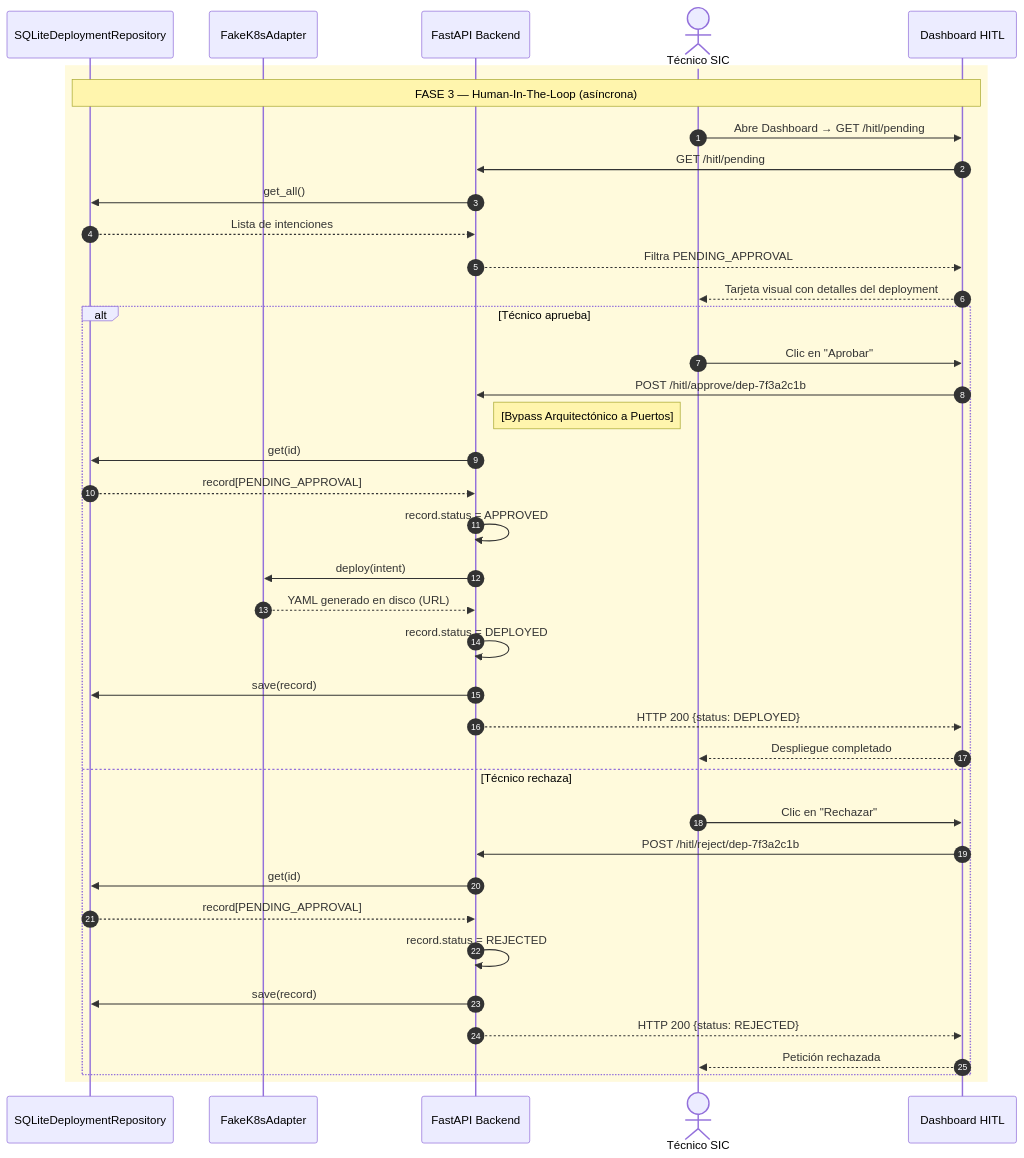
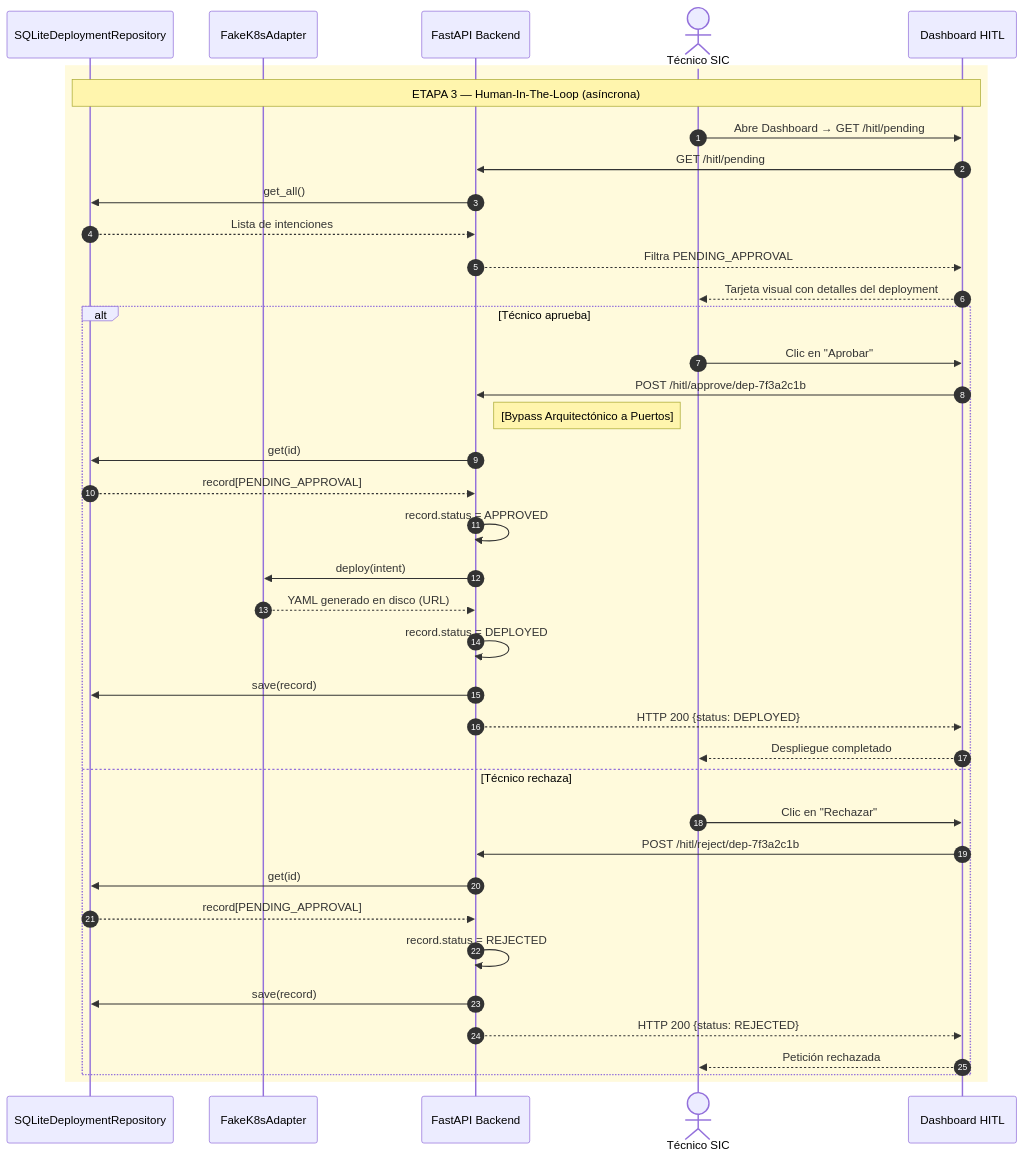
One commit to JesusSolisOrtega/agentic-deployer changed the ninth of 9 diagrams in memoria/4_Diseno_del_Sistema.md. Above: the diagram before and after it, drawn with Mermaid. The commit also changed other lines of this file and 15 other files, not shown here.

````diff
--- a/memoria/4_Diseno_del_Sistema.md
+++ b/memoria/4_Diseno_del_Sistema.md
@@ -517,43 +520,43 @@
 ```mermaid
 sequenceDiagram
   autonumber
   participant Store as SQLiteDeploymentRepository
   participant K8s as FakeK8sAdapter
   participant API as FastAPI Backend
   actor SIC as Técnico SIC
   participant Dash as Dashboard HITL
 
   rect rgb(255, 250, 220)
-    Note over Store,Dash: FASE 3 — Human-In-The-Loop (asíncrona)
+    Note over Store,Dash: ETAPA 3 — Human-In-The-Loop (asíncrona)
     SIC->>Dash: Abre Dashboard → GET /hitl/pending
     Dash->>API: GET /hitl/pending
     API->>Store: get_all()
     Store-->>API: Lista de intenciones
     API-->>Dash: Filtra PENDING_APPROVAL
     Dash-->>SIC: Tarjeta visual con detalles del deployment
 
     alt Técnico aprueba
       SIC->>Dash: Clic en "Aprobar"
       Dash->>API: POST /hitl/approve/dep-7f3a2c1b
       Note right of API: [Bypass Arquitectónico a Puertos]
       API->>Store: get(id)
       Store-->>API: record[PENDING_APPROVAL]
       API->>API: record.status = APPROVED
       API->>K8s: deploy(intent)
       K8s-->>API: YAML generado en disco (URL)
       API->>API: record.status = DEPLOYED
       API->>Store: save(record)
       API-->>Dash: HTTP 200 {status: DEPLOYED}
       Dash-->>SIC: Despliegue completado
     else Técnico rechaza
       SIC->>Dash: Clic en "Rechazar"
       Dash->>API: POST /hitl/reject/dep-7f3a2c1b
       API->>Store: get(id)
       Store-->>API: record[PENDING_APPROVAL]
       API->>API: record.status = REJECTED
       API->>Store: save(record)
       API-->>Dash: HTTP 200 {status: REJECTED}
       Dash-->>SIC: Petición rechazada
     end
   end
 ```
````
